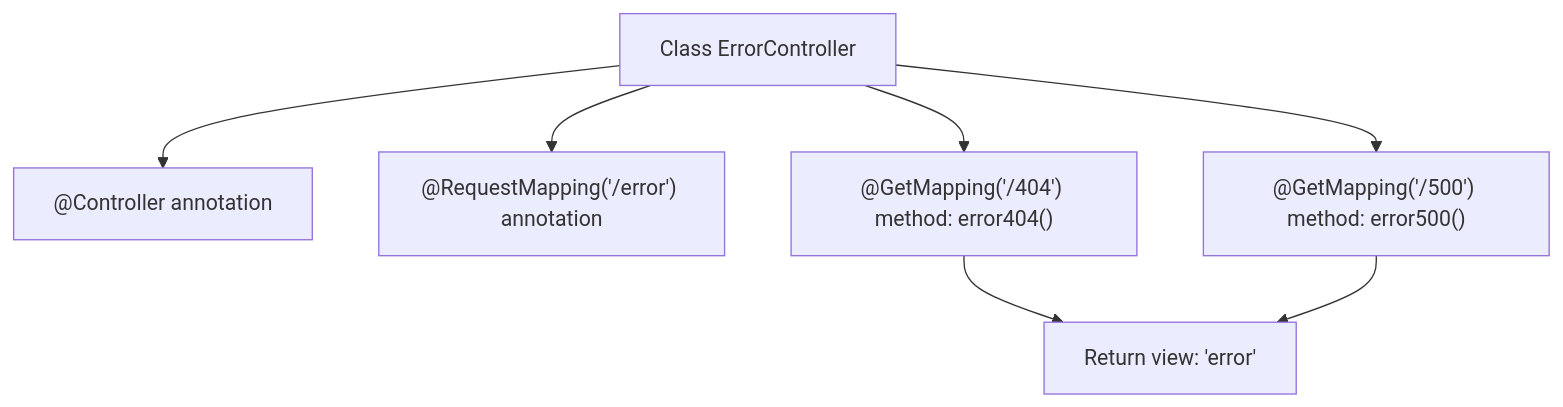
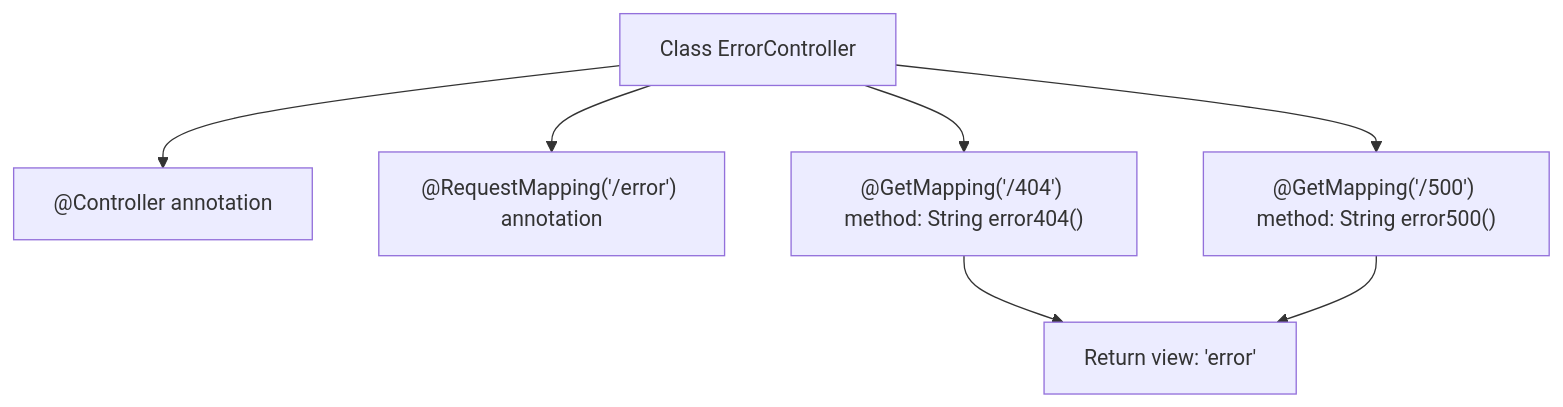
One commit to v-wjrong/binary_weixin-java-miniapp-demo changed the second of 2 diagrams in docs/en/docs/src/main/java/com/github/binarywang/demo/wx/miniapp/error/ErrorController.md. Above: the diagram before and after it, drawn with Mermaid. The commit also changed other lines of this file and 47 other files, not shown here.

````diff
--- a/docs/en/docs/src/main/java/com/github/binarywang/demo/wx/miniapp/error/ErrorController.md
+++ b/docs/en/docs/src/main/java/com/github/binarywang/demo/wx/miniapp/error/ErrorController.md
@@ -61,16 +56,16 @@
 ```mermaid
 graph TD
     A["Class ErrorController"]
     B["@Controller annotation"]
     C["@RequestMapping('/error') annotation"]
-    D["@GetMapping('/404') method: error404()"]
-    E["@GetMapping('/500') method: error500()"]
+    D["@GetMapping('/404') method: String error404()"]
+    E["@GetMapping('/500') method: String error500()"]
     F["Return view: 'error'"]
 
     A --> B
     A --> C
     A --> D
     A --> E
     D --> F
     E --> F
 ```
````
